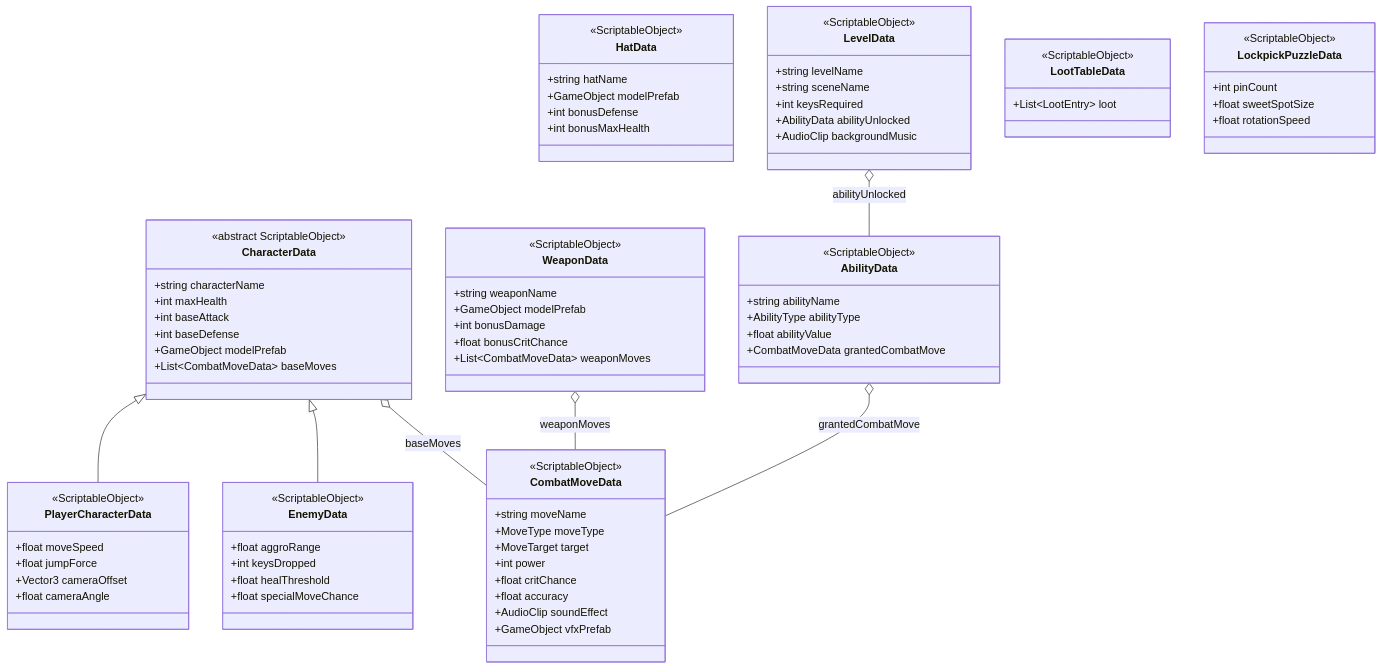
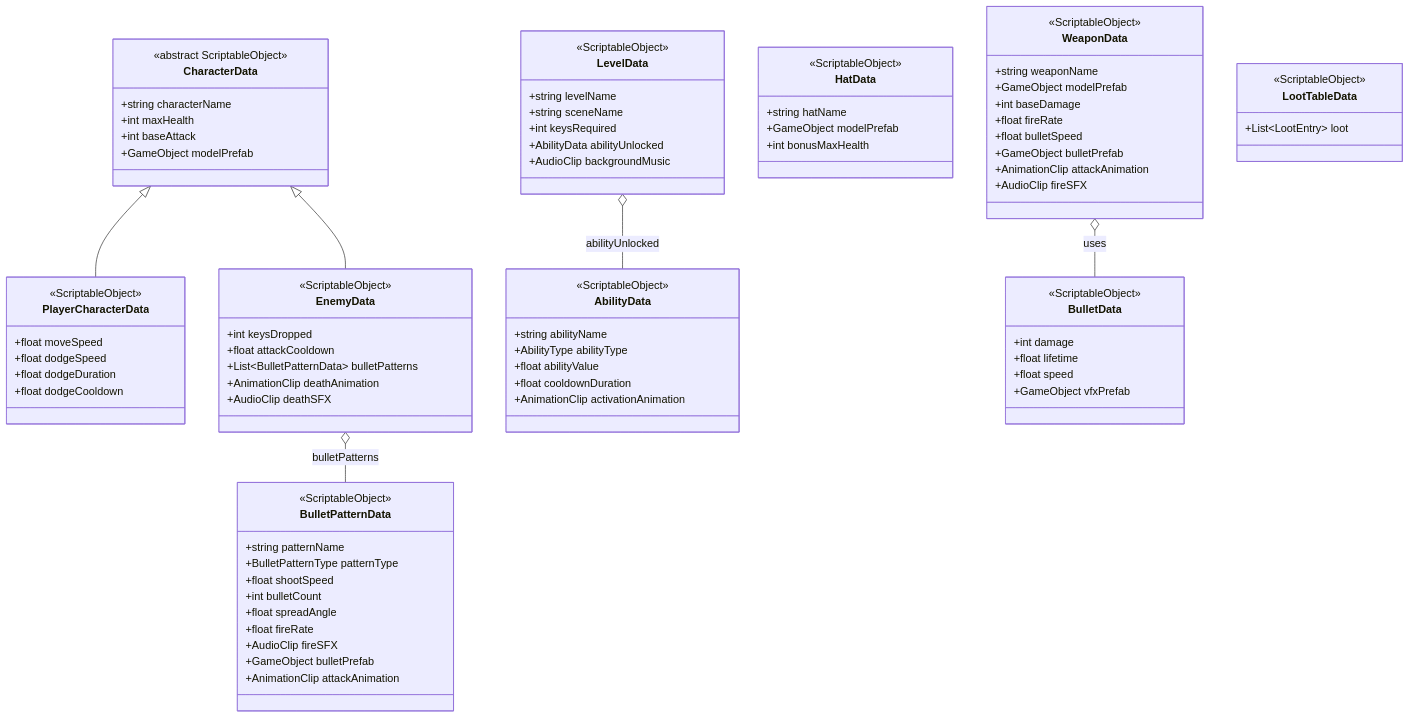
The second of 11 diagrams in Documentation/TECHNICAL_PLAN.md (ben-hollinger/speg_code), drawn with Mermaid before and after one commit. The commit also changed other lines of this file, not shown here.

Commit message:
update TECHNICAL_PLAN.md for new bullet-hell-like combat system

````diff
--- a/Documentation/TECHNICAL_PLAN.md
+++ b/Documentation/TECHNICAL_PLAN.md
@@ -63,53 +60,55 @@
         +string characterName
         +int maxHealth
         +int baseAttack
-        +int baseDefense
         +GameObject modelPrefab
-        +List~CombatMoveData~ baseMoves
     }
 
     class PlayerCharacterData {
         <<ScriptableObject>>
         +float moveSpeed
-        +float jumpForce
-        +Vector3 cameraOffset
-        +float cameraAngle
+        +float dodgeSpeed
+        +float dodgeDuration
+        +float dodgeCooldown
     }
 
     class EnemyData {
         <<ScriptableObject>>
-        +float aggroRange
         +int keysDropped
-        +float healThreshold
-        +float specialMoveChance
+        +float attackCooldown
+        +List~BulletPatternData~ bulletPatterns
+        +AnimationClip deathAnimation
+        +AudioClip deathSFX
     }
 
-    class CombatMoveData {
+    class BulletPatternData {
         <<ScriptableObject>>
-        +string moveName
-        +MoveType moveType
-        +MoveTarget target
-        +int power
-        +float critChance
-        +float accuracy
-        +AudioClip soundEffect
-        +GameObject vfxPrefab
+        +string patternName
+        +BulletPatternType patternType
+        +float shootSpeed
+        +int bulletCount
+        +float spreadAngle
+        +float fireRate
+        +AudioClip fireSFX
+        +GameObject bulletPrefab
+        +AnimationClip attackAnimation
     }
 
     class WeaponData {
         <<ScriptableObject>>
         +string weaponName
         +GameObject modelPrefab
-        +int bonusDamage
-        +float bonusCritChance
-        +List~CombatMoveData~ weaponMoves
+        +int baseDamage
+        +float fireRate
+        +float bulletSpeed
+        +GameObject bulletPrefab
+        +AnimationClip attackAnimation
+        +AudioClip fireSFX
     }
 
     class HatData {
         <<ScriptableObject>>
         +string hatName
         +GameObject modelPrefab
-        +int bonusDefense
         +int bonusMaxHealth
     }
 
@@ -118,7 +117,8 @@
         +string abilityName
         +AbilityType abilityType
         +float abilityValue
-        +CombatMoveData grantedCombatMove
+        +float cooldownDuration
+        +AnimationClip activationAnimation
     }
 
     class LevelData {
@@ -135,17 +135,17 @@
         +List~LootEntry~ loot
     }
 
-    class LockpickPuzzleData {
+    class BulletData {
         <<ScriptableObject>>
-        +int pinCount
-        +float sweetSpotSize
-        +float rotationSpeed
+        +int damage
+        +float lifetime
+        +float speed
+        +GameObject vfxPrefab
     }
 
     CharacterData <|-- PlayerCharacterData
     CharacterData <|-- EnemyData
-    CharacterData o-- CombatMoveData : baseMoves
-    WeaponData o-- CombatMoveData : weaponMoves
-    AbilityData o-- CombatMoveData : grantedCombatMove
+    EnemyData o-- BulletPatternData : bulletPatterns
+    WeaponData o-- BulletData : uses
     LevelData o-- AbilityData : abilityUnlocked
 ```
````
